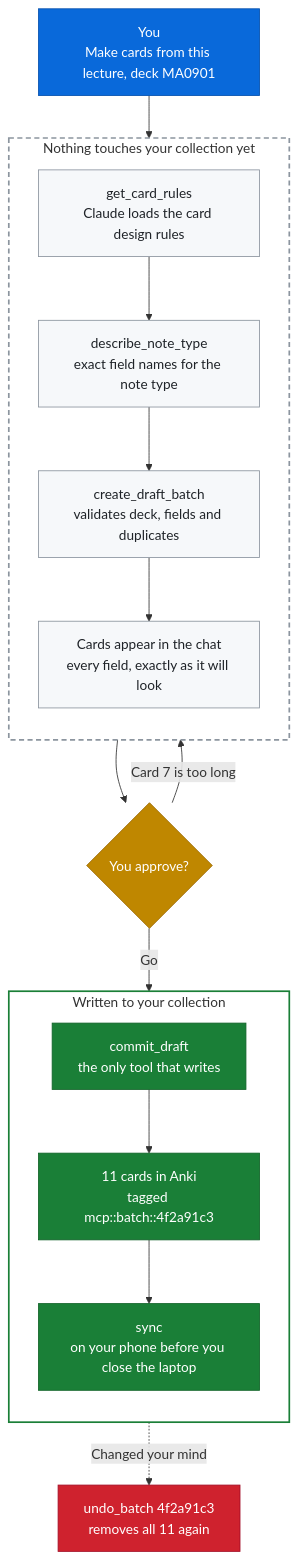
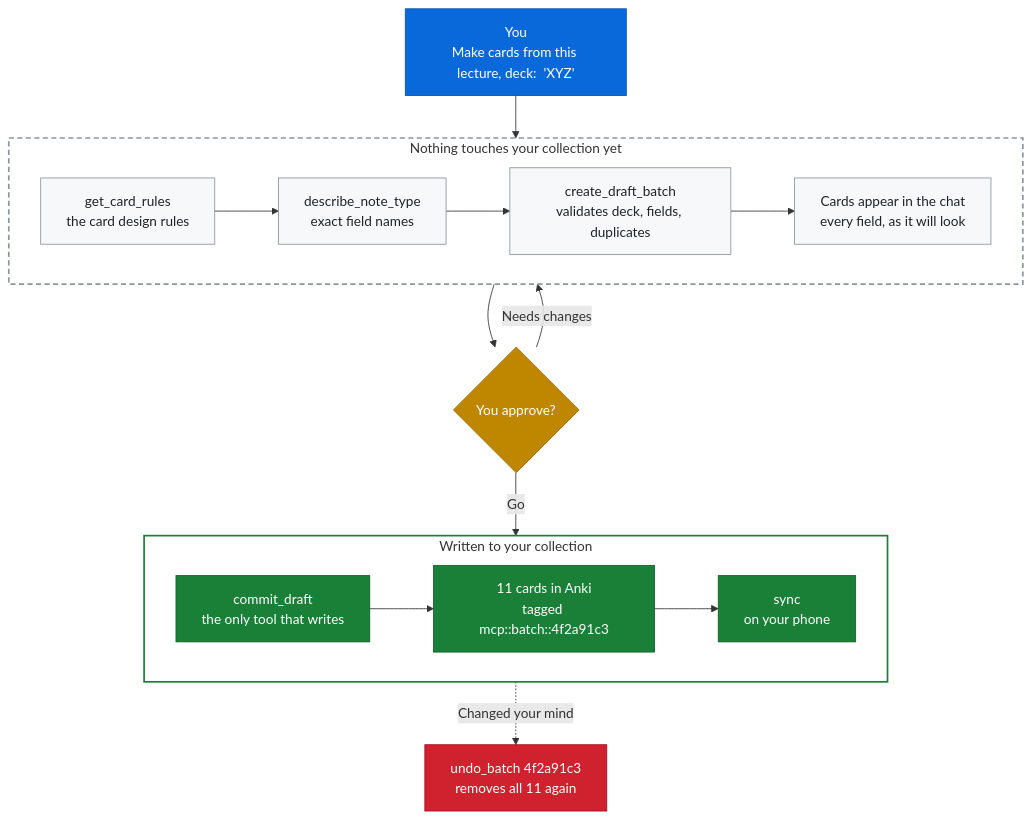
The diagram in README.md (MichaelPrutkow/anki-mcp-server), drawn with Mermaid before and after one commit.

````diff
--- a/README.md
+++ b/README.md
@@ -154,43 +154,46 @@
 ```mermaid
 flowchart TD
-    U["You<br>Make cards from this lecture, deck MA0901"]
+    U["You<br>Make cards from this lecture, deck:  'XYZ'"]
 
     subgraph SAFE["&nbsp;Nothing touches your collection yet&nbsp;"]
-        direction TB
-        R["get_card_rules<br>Claude loads the card design rules"]
-        N["describe_note_type<br>exact field names for the note type"]
-        D["create_draft_batch<br>validates deck, fields and duplicates"]
-        P["Cards appear in the chat<br>every field, exactly as it will look"]
+        direction LR
+        R["get_card_rules<br>the card design rules"]
+        N["describe_note_type<br>exact field names"]
+        D["create_draft_batch<br>validates deck, fields, duplicates"]
+        P["Cards appear in the chat<br>every field, as it will look"]
         R --> N --> D --> P
     end
 
-    U --> R
-    P --> Q{"You approve?"}
-    Q -->|Card 7 is too long| D
+    Q{"You approve?"}
 
     subgraph LIVE["&nbsp;Written to your collection&nbsp;"]
-        direction TB
+        direction LR
         C["commit_draft<br>the only tool that writes"]
         A["11 cards in Anki<br>tagged mcp::batch::4f2a91c3"]
-        Y["sync<br>on your phone before you close the laptop"]
+        Y["sync<br>on your phone"]
         C --> A --> Y
     end
 
-    Q -->|Go| C
-    A -.->|Changed your mind| Z["undo_batch 4f2a91c3<br>removes all 11 again"]
+    Z["undo_batch 4f2a91c3<br>removes all 11 again"]
+
+    U --> R
+    P --> Q
+    Q -->|"Needs changes"| D
+    Q -->|"Go"| C
+    A -.->|"Changed your mind"| Z
 
     classDef you fill:#0969da,stroke:#0550ae,color:#ffffff
     classDef step fill:#f6f8fa,stroke:#8c959f,color:#1f2328
     classDef gate fill:#bf8700,stroke:#9a6700,color:#ffffff
     classDef write fill:#1a7f37,stroke:#116329,color:#ffffff
     classDef undo fill:#cf222e,stroke:#a40e26,color:#ffffff
 
     class U you
     class R,N,D,P step
     class Q gate
     class C,A,Y write
     class Z undo
 
     style SAFE fill:none,stroke:#8c959f,stroke-width:2px,stroke-dasharray:6 4
     style LIVE fill:none,stroke:#1a7f37,stroke-width:2px
 ```
````
